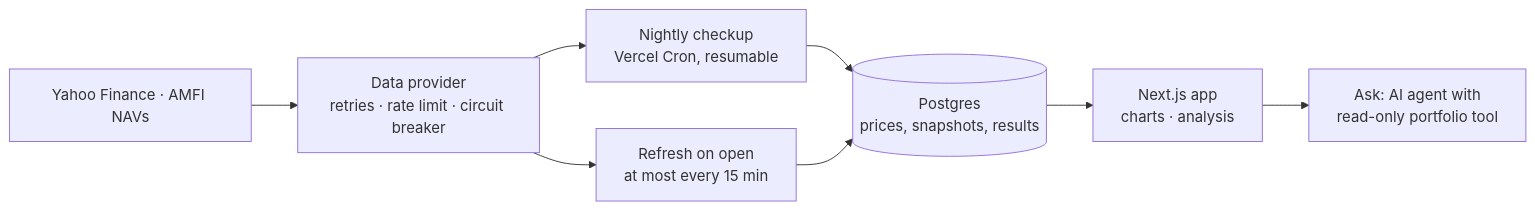
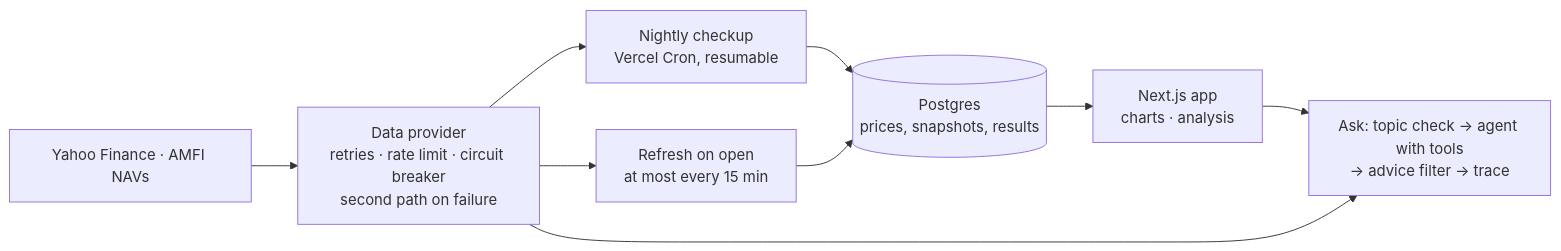
The diagram in README.md (sakshamm21/Nazar), drawn with Mermaid before and after one commit. The commit also changed other lines of this file, not shown here.

````diff
--- a/README.md
+++ b/README.md
@@ -48,10 +51,11 @@
 ```mermaid
 flowchart LR
-  Y[Yahoo Finance · AMFI NAVs] --> P[Data provider<br/>retries · rate limit · circuit breaker]
+  Y[Yahoo Finance · AMFI NAVs] --> P[Data provider<br/>retries · rate limit · circuit breaker<br/>second path on failure]
   P --> N[Nightly checkup<br/>Vercel Cron, resumable]
   N --> DB[(Postgres<br/>prices, snapshots, results)]
   P --> R[Refresh on open<br/>at most every 15 min]
   R --> DB
   DB --> UI[Next.js app<br/>charts · analysis]
-  UI --> A[Ask: AI agent with<br/>read-only portfolio tool]
+  UI --> A[Ask: topic check → agent with tools<br/>→ advice filter → trace]
+  P --> A
 ```
````
